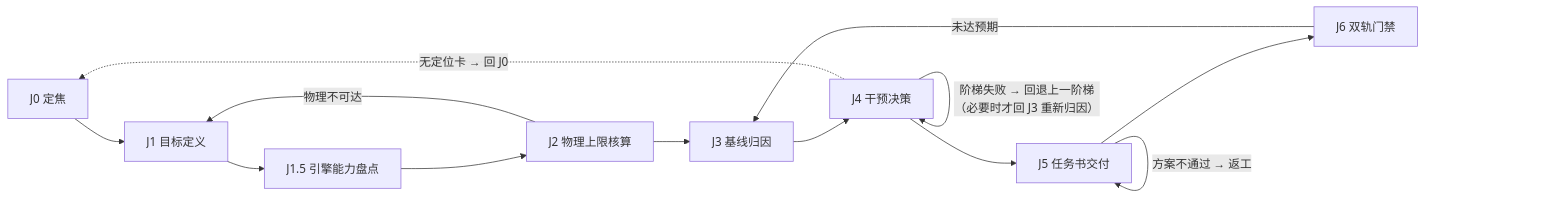
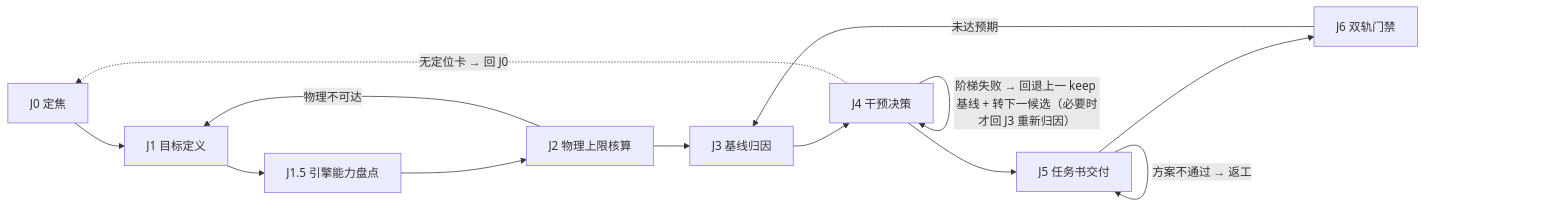
Before and after one commit to SummerTea/ascend-infer-pilot: the first of 2 diagrams in docs/01-pipeline-and-ledger.md, drawn with Mermaid. The commit also changed other lines of this file and 11 other files, not shown here.

````diff
--- a/docs/01-pipeline-and-ledger.md
+++ b/docs/01-pipeline-and-ledger.md
@@ -26,9 +26,9 @@
 ```mermaid
 flowchart LR
     J0["J0 定焦"] --> J1["J1 目标定义"] --> J15["J1.5 引擎能力盘点"] --> J2["J2 物理上限核算"] --> J3["J3 基线归因"] --> J4["J4 干预决策"] --> J5["J5 任务书交付"] --> J6["J6 双轨门禁"]
     J4 -. "无定位卡 → 回 J0" .-> J0
     J2 -- "物理不可达" --> J1
     J6 -- "未达预期" --> J3
-    J4 -- "阶梯失败 → 回退上一阶梯（必要时才回 J3 重新归因）" --> J4
+    J4 -- "阶梯失败 → 回退上一 keep 基线 + 转下一候选（必要时才回 J3 重新归因）" --> J4
     J5 -- "方案不通过 → 返工" --> J5
 ```
````
